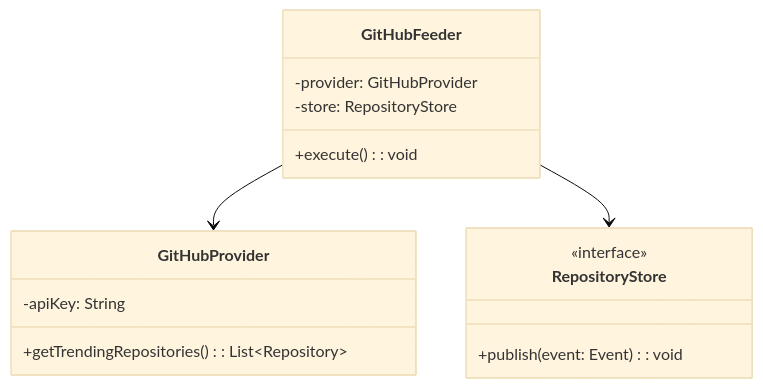
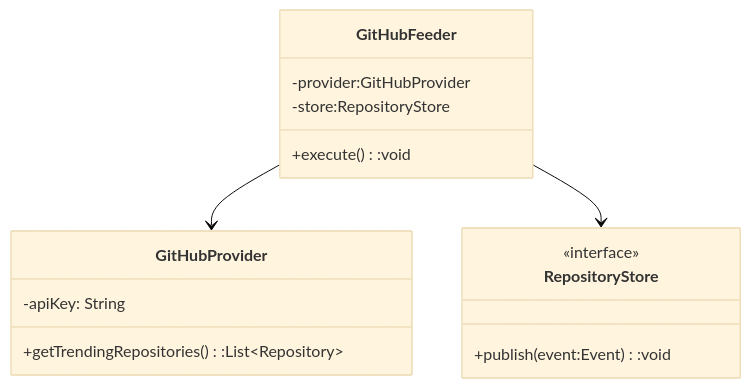
The second of 5 diagrams in README.md (TechnoRadar/techno-radar), drawn with Mermaid (base theme) before and after one commit. The commit also changed other lines of this file, not shown here.

Commit message:
Fix formatting in class diagrams in README.md

````diff
--- a/README.md
+++ b/README.md
@@ -241,18 +241,18 @@
 ```mermaid
 classDiagram
     class GitHubFeeder {
-        -provider: GitHubProvider
-        -store: RepositoryStore
-        +execute(): void
+        -provider:GitHubProvider
+        -store:RepositoryStore
+        +execute():void
     }
     class GitHubProvider {
         -apiKey: String
-        +getTrendingRepositories(): List~Repository~
+        +getTrendingRepositories():List~Repository~
     }
     class RepositoryStore {
         <<interface>>
-        +publish(event: Event): void
+        +publish(event:Event):void
     }
     GitHubFeeder --> GitHubProvider
     GitHubFeeder --> RepositoryStore
 ```
````
